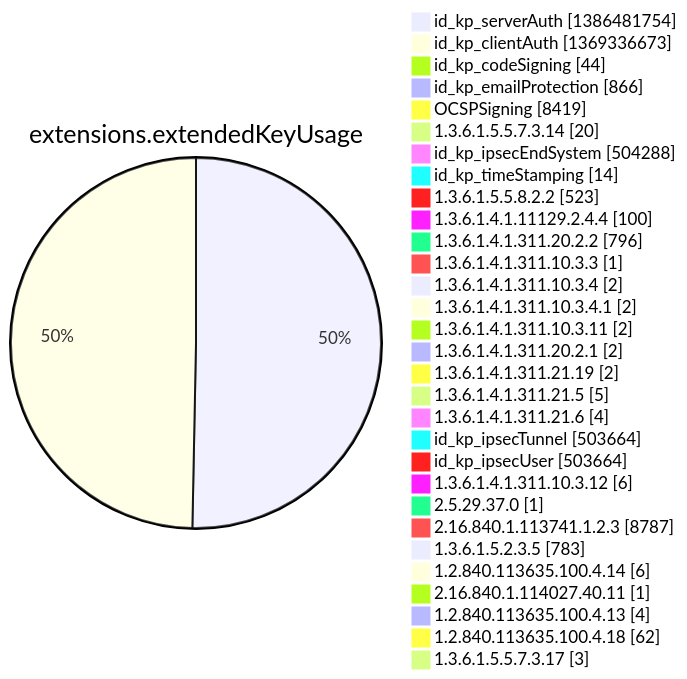
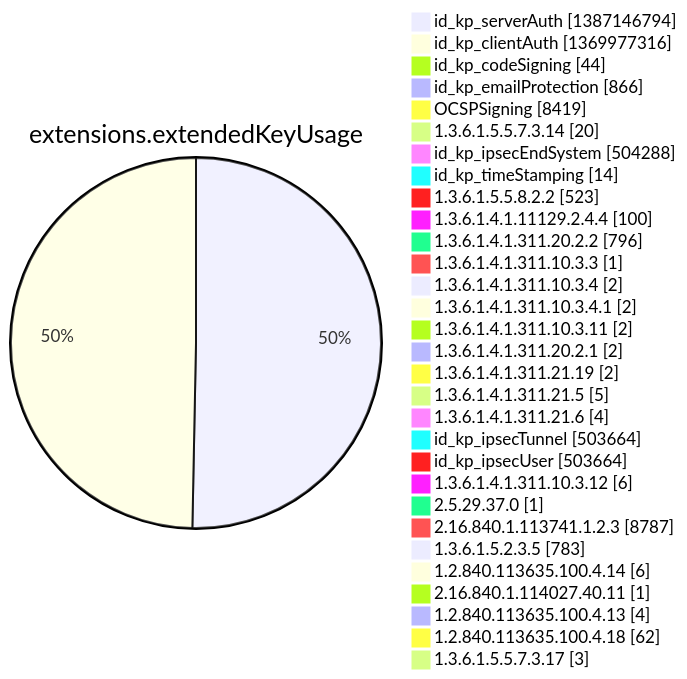
Before and after one commit to christiankrug/ctmonitor_visualization: diagram 12 of 15 in argon2022/README.md, drawn with Mermaid. The commit also changed other lines of this file, not shown here.

````diff
--- a/argon2022/README.md
+++ b/argon2022/README.md
@@ -3554,34 +3554,34 @@
 ```mermaid
 pie showData
 title extensions.extendedKeyUsage
-"id_kp_serverAuth" :1386481754
-"id_kp_clientAuth" :1369336673
+"id_kp_serverAuth" :1387146794
+"id_kp_clientAuth" :1369977316
 "id_kp_codeSigning" :44
 "id_kp_emailProtection" :866
 "OCSPSigning" :8419
 "1.3.6.1.5.5.7.3.14" :20
 "id_kp_ipsecEndSystem" :504288
 "id_kp_timeStamping" :14
 "1.3.6.1.5.5.8.2.2" :523
 "1.3.6.1.4.1.11129.2.4.4" :100
 "1.3.6.1.4.1.311.20.2.2" :796
 "1.3.6.1.4.1.311.10.3.3" :1
 "1.3.6.1.4.1.311.10.3.4" :2
 "1.3.6.1.4.1.311.10.3.4.1" :2
 "1.3.6.1.4.1.311.10.3.11" :2
 "1.3.6.1.4.1.311.20.2.1" :2
 "1.3.6.1.4.1.311.21.19" :2
 "1.3.6.1.4.1.311.21.5" :5
 "1.3.6.1.4.1.311.21.6" :4
 "id_kp_ipsecTunnel" :503664
 "id_kp_ipsecUser" :503664
 "1.3.6.1.4.1.311.10.3.12" :6
 "2.5.29.37.0" :1
 "2.16.840.1.113741.1.2.3" :8787
 "1.3.6.1.5.2.3.5" :783
 "1.2.840.113635.100.4.14" :6
 "2.16.840.1.114027.40.11" :1
 "1.2.840.113635.100.4.13" :4
 "1.2.840.113635.100.4.18" :62
 "1.3.6.1.5.5.7.3.17" :3
 ```
````
